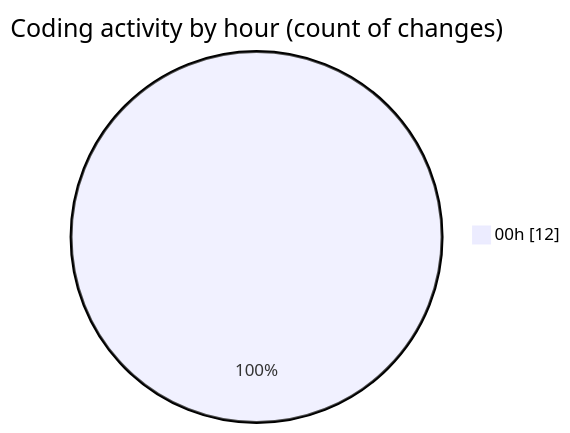
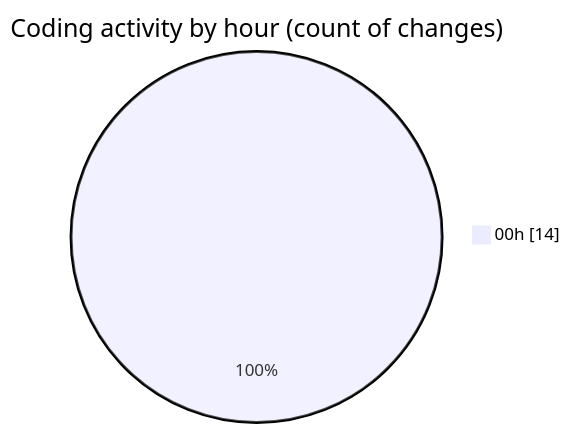
One commit to lephambinh05/code-tracking changed the second of 2 diagrams in 2025-07-17/nhahang/README.md. Above: the diagram before and after it, drawn with Mermaid. The commit also changed other lines of this file and 1 other file, not shown here.

````diff
--- a/2025-07-17/nhahang/README.md
+++ b/2025-07-17/nhahang/README.md
@@ -32,5 +33,5 @@
 ```mermaid
 pie showData
 title Coding activity by hour (count of changes)
-"00h" : 12
+"00h" : 14
 ```
````
